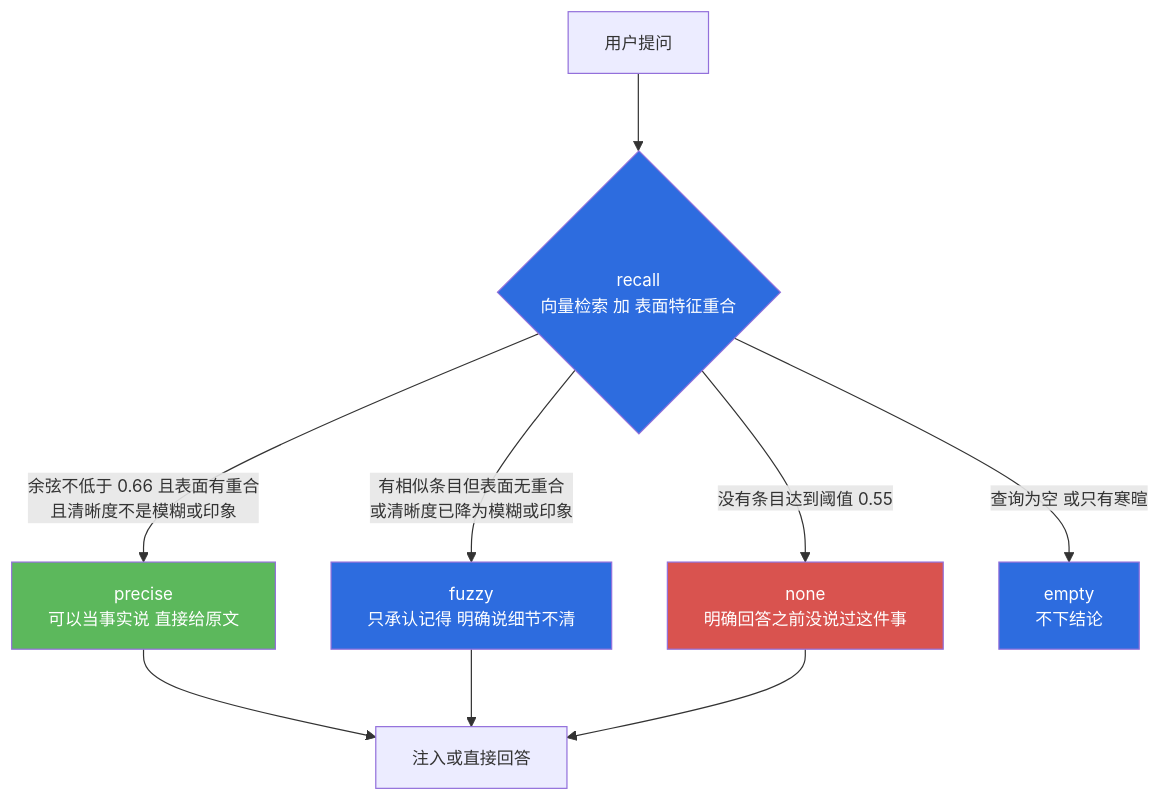
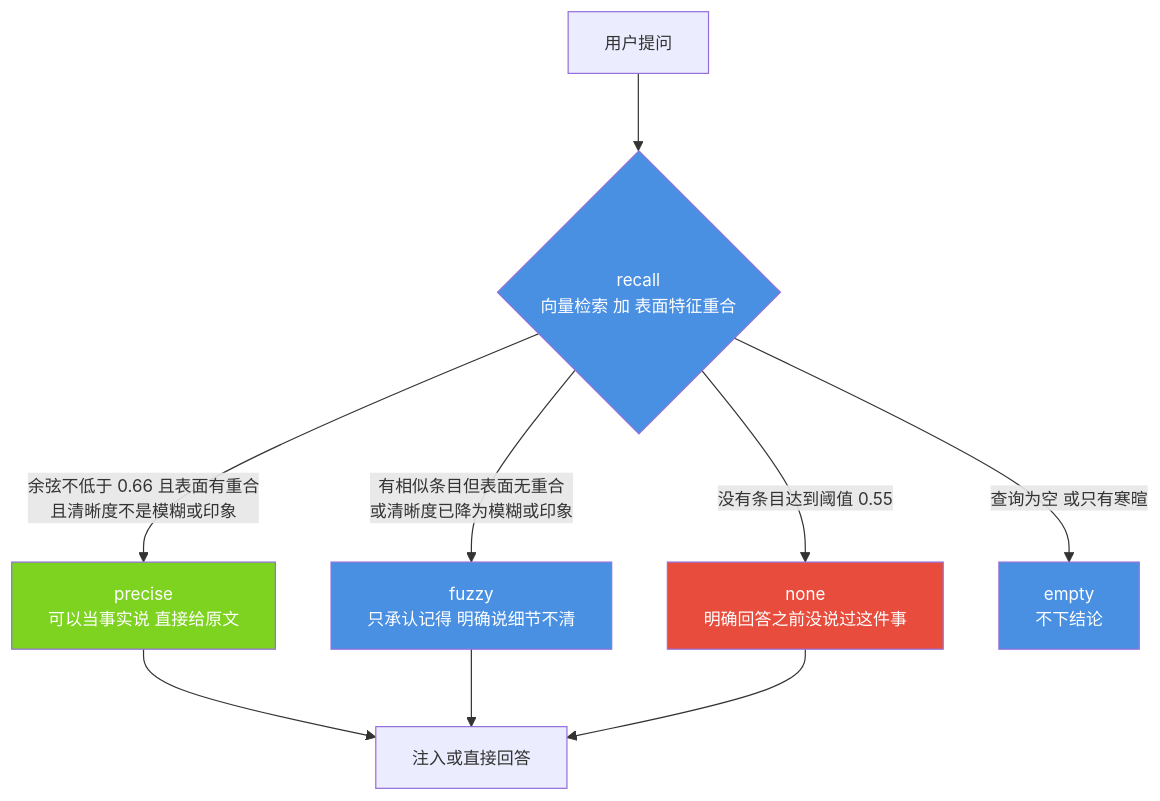
Before and after one commit to jiangchuangege/xiaojiao-harnees: the fourth of 5 diagrams in docs/modules/03-memory-depth.md, drawn with Mermaid. The commit also changed other lines of this file and 32 other files, not shown here.

Commit message:
统一：全仓原理图配色到一套调色板 + 给 12 张灰图补色 + 修正自己会睡那张过期图

````diff
--- a/docs/modules/03-memory-depth.md
+++ b/docs/modules/03-memory-depth.md
@@ -264,18 +264,18 @@
 ```mermaid
 %%{init: {"themeVariables": {"fontSize": "14px"}, "flowchart": {"htmlLabels": true, "wrappingWidth": 340, "nodeSpacing": 46, "rankSpacing": 64, "useMaxWidth": true}}}%%
 flowchart TB
     Q["用户提问"] --> RC{"recall<br/>向量检索 加 表面特征重合"}
     RC -->|"余弦不低于 0.66 且表面有重合<br/>且清晰度不是模糊或印象"| P["precise<br/>可以当事实说 直接给原文"]
     RC -->|"有相似条目但表面无重合<br/>或清晰度已降为模糊或印象"| FZ["fuzzy<br/>只承认记得 明确说细节不清"]
     RC -->|"没有条目达到阈值 0.55"| N["none<br/>明确回答之前没说过这件事"]
     RC -->|"查询为空 或只有寒暄"| EM["empty<br/>不下结论"]
     P --> USE["注入或直接回答"]
     FZ --> USE
     N --> USE
 
-    style RC fill:#2d6cdf,color:#fff
-    style P fill:#5cb85c,color:#fff
-    style FZ fill:#2d6cdf,color:#fff
-    style N fill:#d9534f,color:#fff
-    style EM fill:#2d6cdf,color:#fff
+    style RC fill:#4A90E2,color:#fff
+    style P fill:#7ED321,color:#fff
+    style FZ fill:#4A90E2,color:#fff
+    style N fill:#E74C3C,color:#fff
+    style EM fill:#4A90E2,color:#fff
 ```
````
